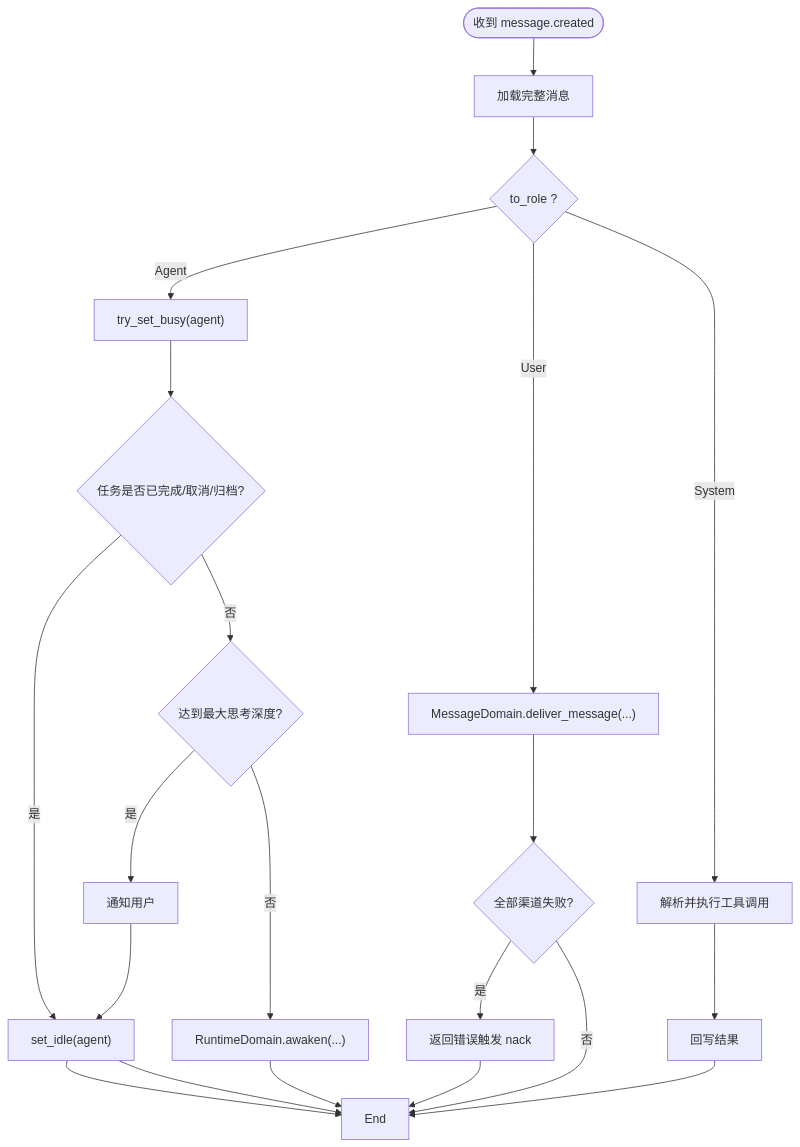
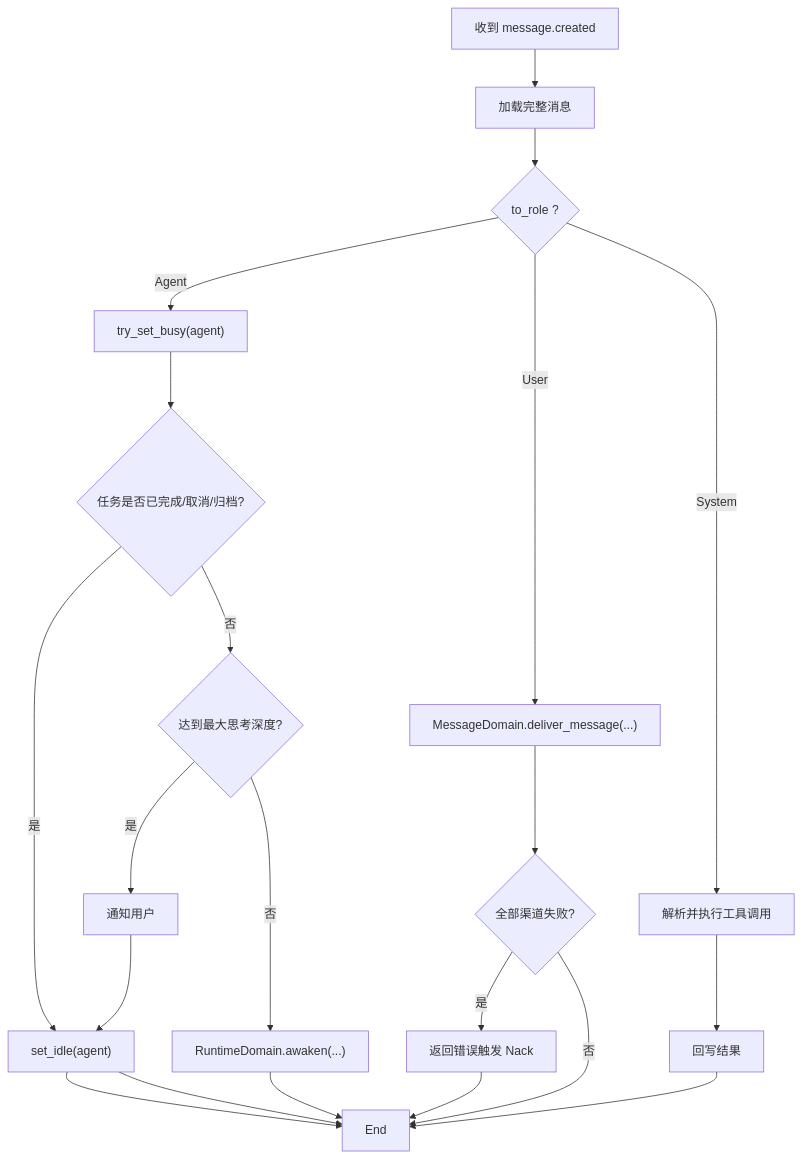
One commit to runningcoders/ai_orz changed the third of 4 diagrams in docs/wiki/zh/content/核心模块/AOP 事件系统/消费者框架/消费者框架.md. Above: the diagram before and after it, drawn with Mermaid. The commit also changed other lines of this file and 37 other files, not shown here.

````diff
--- a/docs/wiki/zh/content/核心模块/AOP 事件系统/消费者框架/消费者框架.md
+++ b/docs/wiki/zh/content/核心模块/AOP 事件系统/消费者框架/消费者框架.md
@@ -153,16 +162,16 @@
 ```mermaid
-flowchart TD
-Start(["收到 message.created"]) --> LoadMsg["加载完整消息"]
+graph TB
+Start["收到 message.created"] --> LoadMsg["加载完整消息"]
 LoadMsg --> Route{"to_role ?"}
 Route --> |Agent| Occupy["try_set_busy(agent)"]
 Occupy --> CheckTask{"任务是否已完成/取消/归档?"}
 CheckTask --> |是| ReleaseBusy["set_idle(agent)"] --> End
 CheckTask --> |否| ThinkLimit{"达到最大思考深度?"}
 ThinkLimit --> |是| Notify["通知用户"] --> ReleaseBusy --> End
 ThinkLimit --> |否| Awaken["RuntimeDomain.awaken(...)"] --> End
 Route --> |User| Deliver["MessageDomain.deliver_message(...)"]
 Deliver --> AllFail{"全部渠道失败?"}
-AllFail --> |是| Retry["返回错误触发 nack"] --> End
+AllFail --> |是| Retry["返回错误触发 Nack"] --> End
 AllFail --> |否| End
 Route --> |System| ToolCall["解析并执行工具调用"] --> Result["回写结果"] --> End
 ```
````
